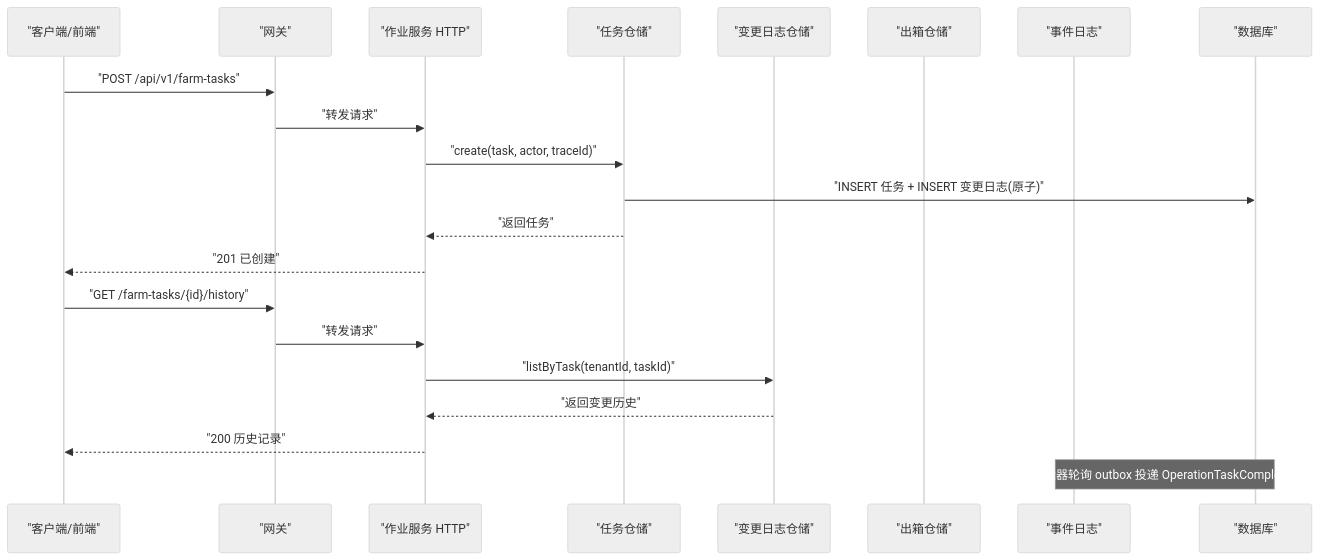
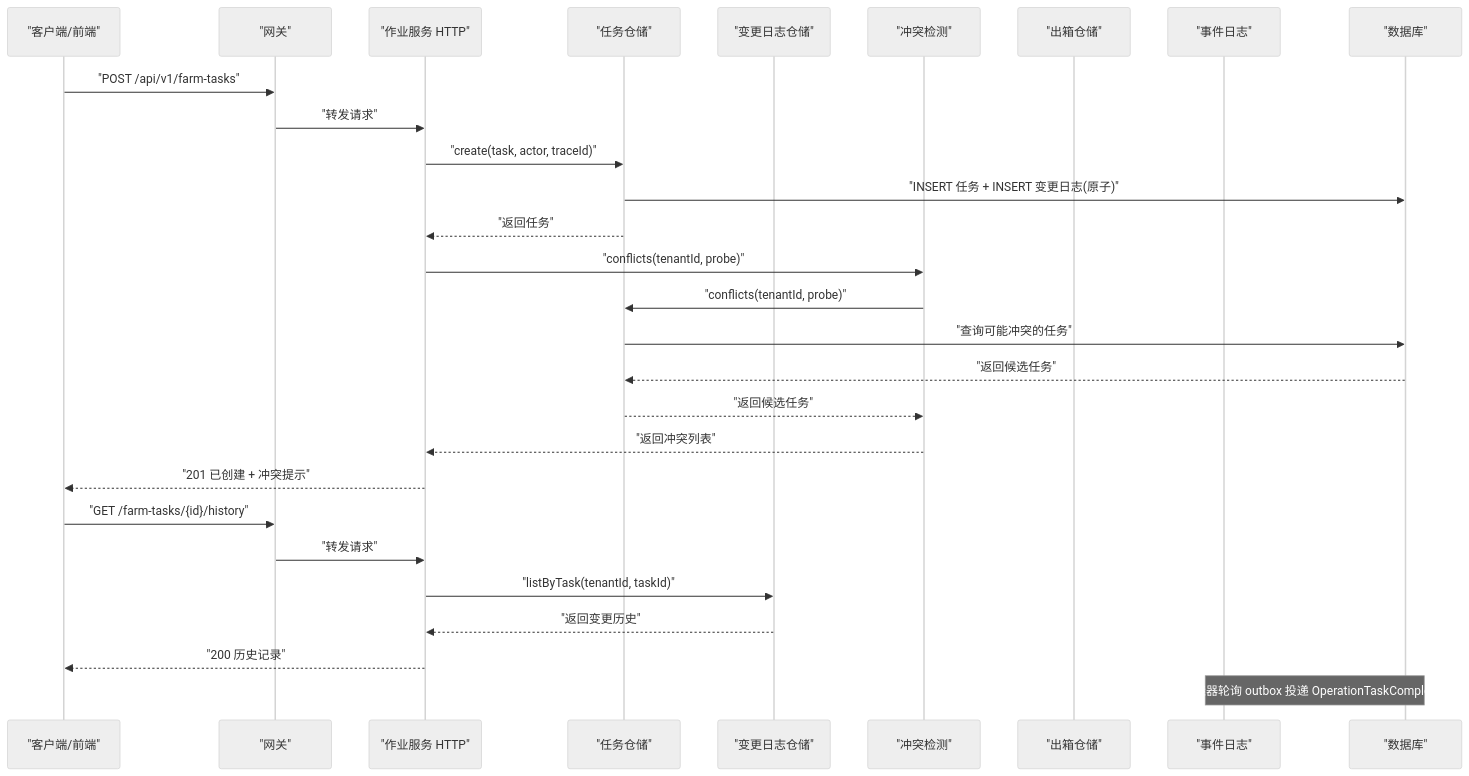
One commit to q446328246/agri-platform changed the second of 11 diagrams in .qoder/repowiki/zh/content/核心服务文档/作业服务.md. Above: the diagram before and after it, drawn with Mermaid (neutral theme). The commit also changed other lines of this file and 6 other files, not shown here.

````diff
--- a/.qoder/repowiki/zh/content/核心服务文档/作业服务.md
+++ b/.qoder/repowiki/zh/content/核心服务文档/作业服务.md
@@ -112,23 +114,30 @@
 ```mermaid
 sequenceDiagram
 participant Client as "客户端/前端"
 participant Gateway as "网关"
 participant Ops as "作业服务 HTTP"
 participant Repo as "任务仓储"
 participant ChangeLog as "变更日志仓储"
+participant Conflict as "冲突检测"
 participant Outbox as "出箱仓储"
 participant MQ as "事件日志"
 participant DB as "数据库"
 Client->>Gateway : "POST /api/v1/farm-tasks"
 Gateway->>Ops : "转发请求"
 Ops->>Repo : "create(task, actor, traceId)"
 Repo->>DB : "INSERT 任务 + INSERT 变更日志(原子)"
 Repo-->>Ops : "返回任务"
-Ops-->>Client : "201 已创建"
+Ops->>Conflict : "conflicts(tenantId, probe)"
+Conflict->>Repo : "conflicts(tenantId, probe)"
+Repo->>DB : "查询可能冲突的任务"
+DB-->>Repo : "返回候选任务"
+Repo-->>Conflict : "返回候选任务"
+Conflict-->>Ops : "返回冲突列表"
+Ops-->>Client : "201 已创建 + 冲突提示"
 Client->>Gateway : "GET /farm-tasks/{id}/history"
 Gateway->>Ops : "转发请求"
 Ops->>ChangeLog : "listByTask(tenantId, taskId)"
 ChangeLog-->>Ops : "返回变更历史"
 Ops-->>Client : "200 历史记录"
 Note over MQ,DB : "中继器轮询 outbox 投递 OperationTaskCompleted"
 ```
````
